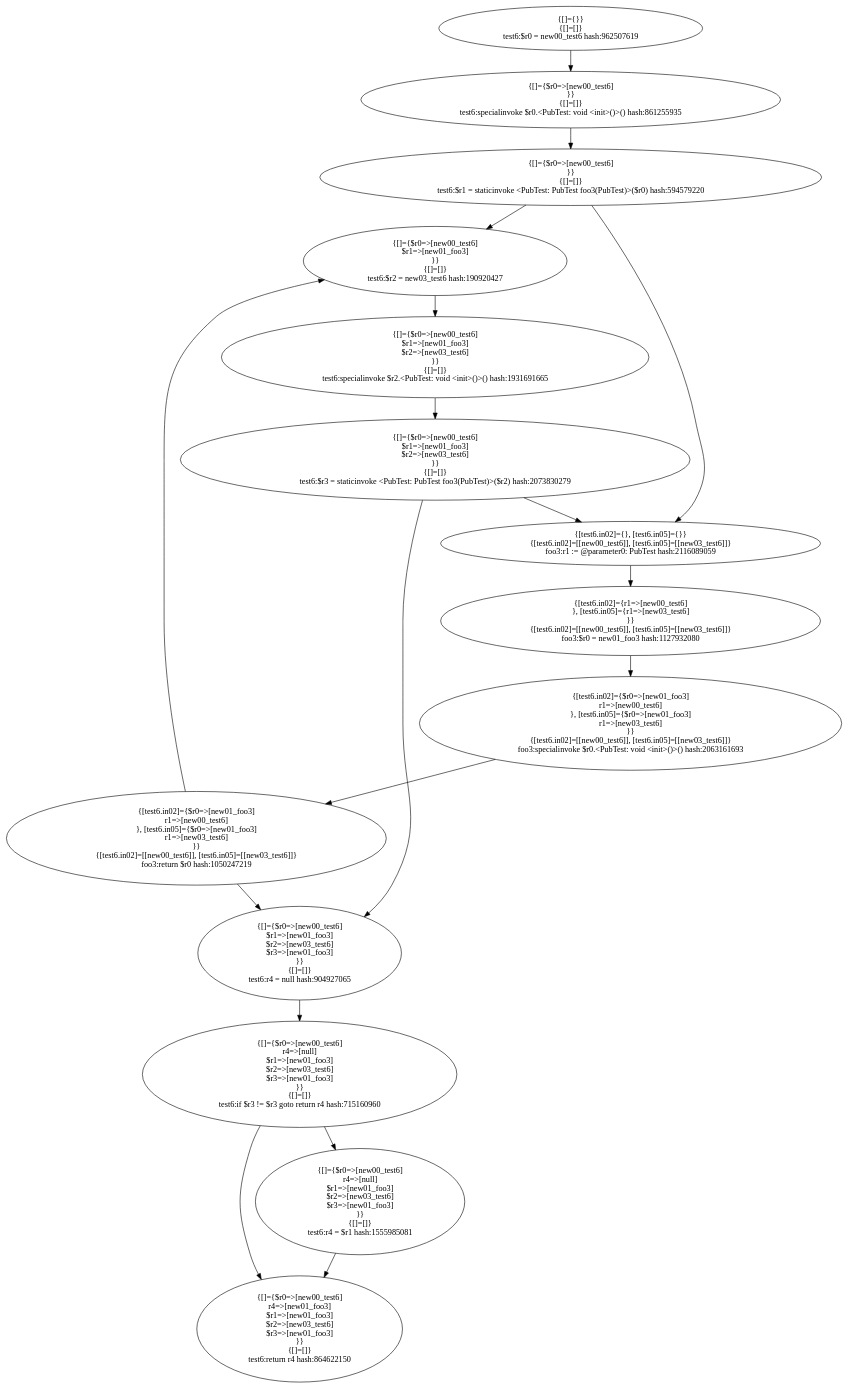
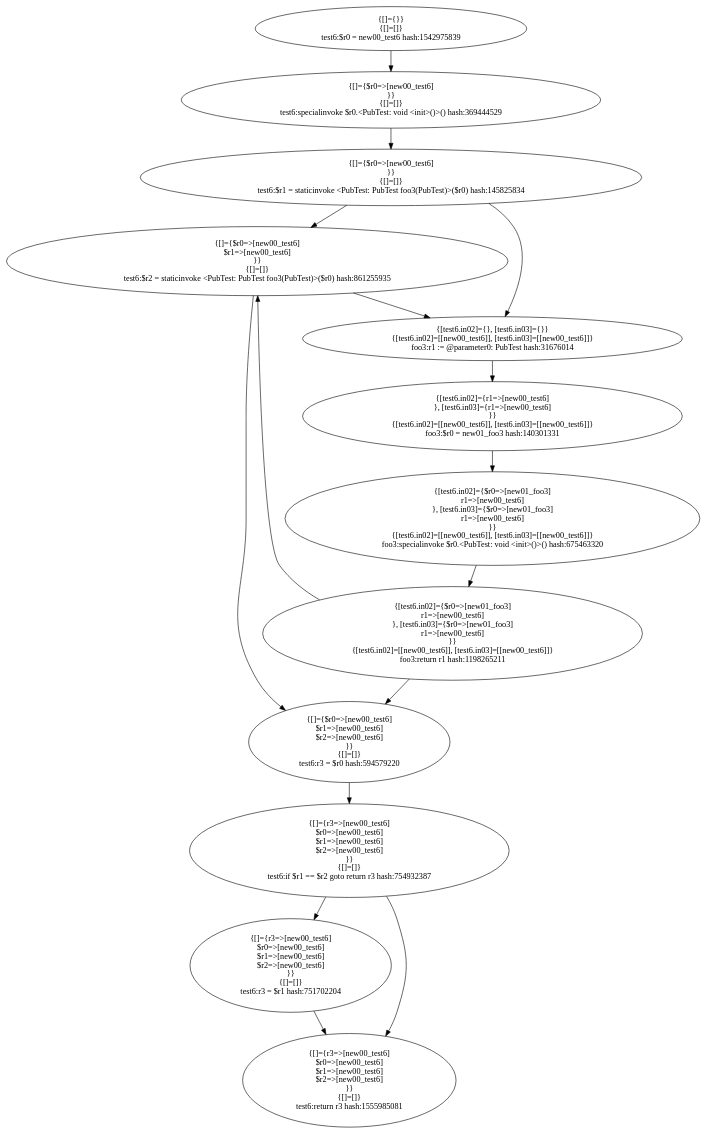
One commit to khushit-shah/PointsToAnalysisJava changed the diagram in target1-pub/PubTest.test6.dot. Above: the diagram before and after it, drawn with Graphviz. The commit also changed 25 other files, not shown here.

```diff
--- a/target1-pub/PubTest.test6.dot
+++ b/target1-pub/PubTest.test6.dot
@@ -1,265 +1,216 @@
 digraph "./target1-pub/PubTest.test6" {
     "{[]={}}
 {[]=[]}
-test6:$r0 = new00_test6 hash:962507619";
+test6:$r0 = new00_test6 hash:1542975839";
     "{[]={$r0=>[new00_test6]
 }}
 {[]=[]}
-test6:specialinvoke $r0.<PubTest: void <init>()>() hash:861255935";
+test6:specialinvoke $r0.<PubTest: void <init>()>() hash:369444529";
     "{[]={$r0=>[new00_test6]
 }}
 {[]=[]}
-test6:$r1 = staticinvoke <PubTest: PubTest foo3(PubTest)>($r0) hash:594579220";
+test6:$r1 = staticinvoke <PubTest: PubTest foo3(PubTest)>($r0) hash:145825834";
     "{[]={$r0=>[new00_test6]
-$r1=>[new01_foo3]
+$r1=>[new00_test6]
 }}
 {[]=[]}
-test6:$r2 = new03_test6 hash:190920427";
+test6:$r2 = staticinvoke <PubTest: PubTest foo3(PubTest)>($r0) hash:861255935";
     "{[]={$r0=>[new00_test6]
-$r1=>[new01_foo3]
-$r2=>[new03_test6]
+$r1=>[new00_test6]
+$r2=>[new00_test6]
 }}
 {[]=[]}
-test6:specialinvoke $r2.<PubTest: void <init>()>() hash:1931691665";
-    "{[]={$r0=>[new00_test6]
-$r1=>[new01_foo3]
-$r2=>[new03_test6]
+test6:r3 = $r0 hash:594579220";
+    "{[]={r3=>[new00_test6]
+$r0=>[new00_test6]
+$r1=>[new00_test6]
+$r2=>[new00_test6]
 }}
 {[]=[]}
-test6:$r3 = staticinvoke <PubTest: PubTest foo3(PubTest)>($r2) hash:2073830279";
-    "{[]={$r0=>[new00_test6]
-$r1=>[new01_foo3]
-$r2=>[new03_test6]
-$r3=>[new01_foo3]
+test6:if $r1 == $r2 goto return r3 hash:754932387";
+    "{[]={r3=>[new00_test6]
+$r0=>[new00_test6]
+$r1=>[new00_test6]
+$r2=>[new00_test6]
 }}
 {[]=[]}
-test6:r4 = null hash:904927065";
-    "{[]={$r0=>[new00_test6]
-r4=>[null]
-$r1=>[new01_foo3]
-$r2=>[new03_test6]
-$r3=>[new01_foo3]
+test6:r3 = $r1 hash:751702204";
+    "{[]={r3=>[new00_test6]
+$r0=>[new00_test6]
+$r1=>[new00_test6]
+$r2=>[new00_test6]
 }}
 {[]=[]}
-test6:if $r3 != $r3 goto return r4 hash:715160960";
-    "{[]={$r0=>[new00_test6]
-r4=>[null]
-$r1=>[new01_foo3]
-$r2=>[new03_test6]
-$r3=>[new01_foo3]
+test6:return r3 hash:1555985081";
+    "{[test6.in02]={}, [test6.in03]={}}
+{[test6.in02]=[[new00_test6]], [test6.in03]=[[new00_test6]]}
+foo3:r1 := @parameter0: PubTest hash:31676014";
+    "{[test6.in02]={r1=>[new00_test6]
+}, [test6.in03]={r1=>[new00_test6]
+}}
+{[test6.in02]=[[new00_test6]], [test6.in03]=[[new00_test6]]}
+foo3:$r0 = new01_foo3 hash:140301331";
+    "{[test6.in02]={$r0=>[new01_foo3]
+r1=>[new00_test6]
+}, [test6.in03]={$r0=>[new01_foo3]
+r1=>[new00_test6]
+}}
+{[test6.in02]=[[new00_test6]], [test6.in03]=[[new00_test6]]}
+foo3:specialinvoke $r0.<PubTest: void <init>()>() hash:675463320";
+    "{[test6.in02]={$r0=>[new01_foo3]
+r1=>[new00_test6]
+}, [test6.in03]={$r0=>[new01_foo3]
+r1=>[new00_test6]
+}}
+{[test6.in02]=[[new00_test6]], [test6.in03]=[[new00_test6]]}
+foo3:return r1 hash:1198265211";
+    "{[]={}}
+{[]=[]}
+test6:$r0 = new00_test6 hash:1542975839"->"{[]={$r0=>[new00_test6]
 }}
 {[]=[]}
-test6:r4 = $r1 hash:1555985081";
-    "{[]={$r0=>[new00_test6]
-r4=>[new01_foo3]
-$r1=>[new01_foo3]
-$r2=>[new03_test6]
-$r3=>[new01_foo3]
-}}
-{[]=[]}
-test6:return r4 hash:864622150";
-    "{[test6.in02]={}, [test6.in05]={}}
-{[test6.in02]=[[new00_test6]], [test6.in05]=[[new03_test6]]}
-foo3:r1 := @parameter0: PubTest hash:2116089059";
-    "{[test6.in02]={r1=>[new00_test6]
-}, [test6.in05]={r1=>[new03_test6]
-}}
-{[test6.in02]=[[new00_test6]], [test6.in05]=[[new03_test6]]}
-foo3:$r0 = new01_foo3 hash:1127932080";
-    "{[test6.in02]={$r0=>[new01_foo3]
-r1=>[new00_test6]
-}, [test6.in05]={$r0=>[new01_foo3]
-r1=>[new03_test6]
-}}
-{[test6.in02]=[[new00_test6]], [test6.in05]=[[new03_test6]]}
-foo3:specialinvoke $r0.<PubTest: void <init>()>() hash:2063161693";
-    "{[test6.in02]={$r0=>[new01_foo3]
-r1=>[new00_test6]
-}, [test6.in05]={$r0=>[new01_foo3]
-r1=>[new03_test6]
-}}
-{[test6.in02]=[[new00_test6]], [test6.in05]=[[new03_test6]]}
-foo3:return $r0 hash:1050247219";
-    "{[]={}}
-{[]=[]}
-test6:$r0 = new00_test6 hash:962507619"->"{[]={$r0=>[new00_test6]
-}}
-{[]=[]}
-test6:specialinvoke $r0.<PubTest: void <init>()>() hash:861255935";
+test6:specialinvoke $r0.<PubTest: void <init>()>() hash:369444529";
     "{[]={$r0=>[new00_test6]
 }}
 {[]=[]}
-test6:specialinvoke $r0.<PubTest: void <init>()>() hash:861255935"->"{[]={$r0=>[new00_test6]
+test6:specialinvoke $r0.<PubTest: void <init>()>() hash:369444529"->"{[]={$r0=>[new00_test6]
 }}
 {[]=[]}
-test6:$r1 = staticinvoke <PubTest: PubTest foo3(PubTest)>($r0) hash:594579220";
+test6:$r1 = staticinvoke <PubTest: PubTest foo3(PubTest)>($r0) hash:145825834";
     "{[]={$r0=>[new00_test6]
 }}
 {[]=[]}
-test6:$r1 = staticinvoke <PubTest: PubTest foo3(PubTest)>($r0) hash:594579220"->"{[]={$r0=>[new00_test6]
-$r1=>[new01_foo3]
+test6:$r1 = staticinvoke <PubTest: PubTest foo3(PubTest)>($r0) hash:145825834"->"{[]={$r0=>[new00_test6]
+$r1=>[new00_test6]
 }}
 {[]=[]}
-test6:$r2 = new03_test6 hash:190920427";
+test6:$r2 = staticinvoke <PubTest: PubTest foo3(PubTest)>($r0) hash:861255935";
     "{[]={$r0=>[new00_test6]
 }}
 {[]=[]}
-test6:$r1 = staticinvoke <PubTest: PubTest foo3(PubTest)>($r0) hash:594579220"->"{[test6.in02]={}, [test6.in05]={}}
-{[test6.in02]=[[new00_test6]], [test6.in05]=[[new03_test6]]}
-foo3:r1 := @parameter0: PubTest hash:2116089059";
+test6:$r1 = staticinvoke <PubTest: PubTest foo3(PubTest)>($r0) hash:145825834"->"{[test6.in02]={}, [test6.in03]={}}
+{[test6.in02]=[[new00_test6]], [test6.in03]=[[new00_test6]]}
+foo3:r1 := @parameter0: PubTest hash:31676014";
     "{[]={$r0=>[new00_test6]
-$r1=>[new01_foo3]
+$r1=>[new00_test6]
 }}
 {[]=[]}
-test6:$r2 = new03_test6 hash:190920427"->"{[]={$r0=>[new00_test6]
-$r1=>[new01_foo3]
-$r2=>[new03_test6]
+test6:$r2 = staticinvoke <PubTest: PubTest foo3(PubTest)>($r0) hash:861255935"->"{[]={$r0=>[new00_test6]
+$r1=>[new00_test6]
+$r2=>[new00_test6]
 }}
 {[]=[]}
-test6:specialinvoke $r2.<PubTest: void <init>()>() hash:1931691665";
+test6:r3 = $r0 hash:594579220";
     "{[]={$r0=>[new00_test6]
-$r1=>[new01_foo3]
-$r2=>[new03_test6]
+$r1=>[new00_test6]
 }}
 {[]=[]}
-test6:specialinvoke $r2.<PubTest: void <init>()>() hash:1931691665"->"{[]={$r0=>[new00_test6]
-$r1=>[new01_foo3]
-$r2=>[new03_test6]
+test6:$r2 = staticinvoke <PubTest: PubTest foo3(PubTest)>($r0) hash:861255935"->"{[test6.in02]={}, [test6.in03]={}}
+{[test6.in02]=[[new00_test6]], [test6.in03]=[[new00_test6]]}
+foo3:r1 := @parameter0: PubTest hash:31676014";
+    "{[]={$r0=>[new00_test6]
+$r1=>[new00_test6]
+$r2=>[new00_test6]
 }}
 {[]=[]}
-test6:$r3 = staticinvoke <PubTest: PubTest foo3(PubTest)>($r2) hash:2073830279";
-    "{[]={$r0=>[new00_test6]
-$r1=>[new01_foo3]
-$r2=>[new03_test6]
+test6:r3 = $r0 hash:594579220"->"{[]={r3=>[new00_test6]
+$r0=>[new00_test6]
+$r1=>[new00_test6]
+$r2=>[new00_test6]
 }}
 {[]=[]}
-test6:$r3 = staticinvoke <PubTest: PubTest foo3(PubTest)>($r2) hash:2073830279"->"{[]={$r0=>[new00_test6]
-$r1=>[new01_foo3]
-$r2=>[new03_test6]
-$r3=>[new01_foo3]
+test6:if $r1 == $r2 goto return r3 hash:754932387";
+    "{[]={r3=>[new00_test6]
+$r0=>[new00_test6]
+$r1=>[new00_test6]
+$r2=>[new00_test6]
 }}
 {[]=[]}
-test6:r4 = null hash:904927065";
-    "{[]={$r0=>[new00_test6]
-$r1=>[new01_foo3]
-$r2=>[new03_test6]
+test6:if $r1 == $r2 goto return r3 hash:754932387"->"{[]={r3=>[new00_test6]
+$r0=>[new00_test6]
+$r1=>[new00_test6]
+$r2=>[new00_test6]
 }}
 {[]=[]}
-test6:$r3 = staticinvoke <PubTest: PubTest foo3(PubTest)>($r2) hash:2073830279"->"{[test6.in02]={}, [test6.in05]={}}
-{[test6.in02]=[[new00_test6]], [test6.in05]=[[new03_test6]]}
-foo3:r1 := @parameter0: PubTest hash:2116089059";
-    "{[]={$r0=>[new00_test6]
-$r1=>[new01_foo3]
-$r2=>[new03_test6]
-$r3=>[new01_foo3]
+test6:r3 = $r1 hash:751702204";
+    "{[]={r3=>[new00_test6]
+$r0=>[new00_test6]
+$r1=>[new00_test6]
+$r2=>[new00_test6]
 }}
 {[]=[]}
-test6:r4 = null hash:904927065"->"{[]={$r0=>[new00_test6]
-r4=>[null]
-$r1=>[new01_foo3]
-$r2=>[new03_test6]
-$r3=>[new01_foo3]
+test6:if $r1 == $r2 goto return r3 hash:754932387"->"{[]={r3=>[new00_test6]
+$r0=>[new00_test6]
+$r1=>[new00_test6]
+$r2=>[new00_test6]
 }}
 {[]=[]}
-test6:if $r3 != $r3 goto return r4 hash:715160960";
-    "{[]={$r0=>[new00_test6]
-r4=>[null]
-$r1=>[new01_foo3]
-$r2=>[new03_test6]
-$r3=>[new01_foo3]
+test6:return r3 hash:1555985081";
+    "{[]={r3=>[new00_test6]
+$r0=>[new00_test6]
+$r1=>[new00_test6]
+$r2=>[new00_test6]
 }}
 {[]=[]}
-test6:if $r3 != $r3 goto return r4 hash:715160960"->"{[]={$r0=>[new00_test6]
-r4=>[null]
-$r1=>[new01_foo3]
-$r2=>[new03_test6]
-$r3=>[new01_foo3]
+test6:r3 = $r1 hash:751702204"->"{[]={r3=>[new00_test6]
+$r0=>[new00_test6]
+$r1=>[new00_test6]
+$r2=>[new00_test6]
 }}
 {[]=[]}
-test6:r4 = $r1 hash:1555985081";
-    "{[]={$r0=>[new00_test6]
-r4=>[null]
-$r1=>[new01_foo3]
-$r2=>[new03_test6]
-$r3=>[new01_foo3]
+test6:return r3 hash:1555985081";
+    "{[test6.in02]={}, [test6.in03]={}}
+{[test6.in02]=[[new00_test6]], [test6.in03]=[[new00_test6]]}
+foo3:r1 := @parameter0: PubTest hash:31676014"->"{[test6.in02]={r1=>[new00_test6]
+}, [test6.in03]={r1=>[new00_test6]
+}}
+{[test6.in02]=[[new00_test6]], [test6.in03]=[[new00_test6]]}
+foo3:$r0 = new01_foo3 hash:140301331";
+    "{[test6.in02]={r1=>[new00_test6]
+}, [test6.in03]={r1=>[new00_test6]
+}}
+{[test6.in02]=[[new00_test6]], [test6.in03]=[[new00_test6]]}
+foo3:$r0 = new01_foo3 hash:140301331"->"{[test6.in02]={$r0=>[new01_foo3]
+r1=>[new00_test6]
+}, [test6.in03]={$r0=>[new01_foo3]
+r1=>[new00_test6]
+}}
+{[test6.in02]=[[new00_test6]], [test6.in03]=[[new00_test6]]}
+foo3:specialinvoke $r0.<PubTest: void <init>()>() hash:675463320";
+    "{[test6.in02]={$r0=>[new01_foo3]
+r1=>[new00_test6]
+}, [test6.in03]={$r0=>[new01_foo3]
+r1=>[new00_test6]
+}}
+{[test6.in02]=[[new00_test6]], [test6.in03]=[[new00_test6]]}
+foo3:specialinvoke $r0.<PubTest: void <init>()>() hash:675463320"->"{[test6.in02]={$r0=>[new01_foo3]
+r1=>[new00_test6]
+}, [test6.in03]={$r0=>[new01_foo3]
+r1=>[new00_test6]
+}}
+{[test6.in02]=[[new00_test6]], [test6.in03]=[[new00_test6]]}
+foo3:return r1 hash:1198265211";
+    "{[test6.in02]={$r0=>[new01_foo3]
+r1=>[new00_test6]
+}, [test6.in03]={$r0=>[new01_foo3]
+r1=>[new00_test6]
+}}
+{[test6.in02]=[[new00_test6]], [test6.in03]=[[new00_test6]]}
+foo3:return r1 hash:1198265211"->"{[]={$r0=>[new00_test6]
+$r1=>[new00_test6]
 }}
 {[]=[]}
-test6:if $r3 != $r3 goto return r4 hash:715160960"->"{[]={$r0=>[new00_test6]
-r4=>[new01_foo3]
-$r1=>[new01_foo3]
-$r2=>[new03_test6]
-$r3=>[new01_foo3]
+test6:$r2 = staticinvoke <PubTest: PubTest foo3(PubTest)>($r0) hash:861255935";
+    "{[test6.in02]={$r0=>[new01_foo3]
+r1=>[new00_test6]
+}, [test6.in03]={$r0=>[new01_foo3]
+r1=>[new00_test6]
+}}
+{[test6.in02]=[[new00_test6]], [test6.in03]=[[new00_test6]]}
+foo3:return r1 hash:1198265211"->"{[]={$r0=>[new00_test6]
+$r1=>[new00_test6]
+$r2=>[new00_test6]
 }}
 {[]=[]}
-test6:return r4 hash:864622150";
-    "{[]={$r0=>[new00_test6]
-r4=>[null]
-$r1=>[new01_foo3]
-$r2=>[new03_test6]
-$r3=>[new01_foo3]
-}}
-{[]=[]}
-test6:r4 = $r1 hash:1555985081"->"{[]={$r0=>[new00_test6]
-r4=>[new01_foo3]
-$r1=>[new01_foo3]
-$r2=>[new03_test6]
-$r3=>[new01_foo3]
-}}
-{[]=[]}
-test6:return r4 hash:864622150";
-    "{[test6.in02]={}, [test6.in05]={}}
-{[test6.in02]=[[new00_test6]], [test6.in05]=[[new03_test6]]}
-foo3:r1 := @parameter0: PubTest hash:2116089059"->"{[test6.in02]={r1=>[new00_test6]
-}, [test6.in05]={r1=>[new03_test6]
-}}
-{[test6.in02]=[[new00_test6]], [test6.in05]=[[new03_test6]]}
-foo3:$r0 = new01_foo3 hash:1127932080";
-    "{[test6.in02]={r1=>[new00_test6]
-}, [test6.in05]={r1=>[new03_test6]
-}}
-{[test6.in02]=[[new00_test6]], [test6.in05]=[[new03_test6]]}
-foo3:$r0 = new01_foo3 hash:1127932080"->"{[test6.in02]={$r0=>[new01_foo3]
-r1=>[new00_test6]
-}, [test6.in05]={$r0=>[new01_foo3]
-r1=>[new03_test6]
-}}
-{[test6.in02]=[[new00_test6]], [test6.in05]=[[new03_test6]]}
-foo3:specialinvoke $r0.<PubTest: void <init>()>() hash:2063161693";
-    "{[test6.in02]={$r0=>[new01_foo3]
-r1=>[new00_test6]
-}, [test6.in05]={$r0=>[new01_foo3]
-r1=>[new03_test6]
-}}
-{[test6.in02]=[[new00_test6]], [test6.in05]=[[new03_test6]]}
-foo3:specialinvoke $r0.<PubTest: void <init>()>() hash:2063161693"->"{[test6.in02]={$r0=>[new01_foo3]
-r1=>[new00_test6]
-}, [test6.in05]={$r0=>[new01_foo3]
-r1=>[new03_test6]
-}}
-{[test6.in02]=[[new00_test6]], [test6.in05]=[[new03_test6]]}
-foo3:return $r0 hash:1050247219";
-    "{[test6.in02]={$r0=>[new01_foo3]
-r1=>[new00_test6]
-}, [test6.in05]={$r0=>[new01_foo3]
-r1=>[new03_test6]
-}}
-{[test6.in02]=[[new00_test6]], [test6.in05]=[[new03_test6]]}
-foo3:return $r0 hash:1050247219"->"{[]={$r0=>[new00_test6]
-$r1=>[new01_foo3]
-}}
-{[]=[]}
-test6:$r2 = new03_test6 hash:190920427";
-    "{[test6.in02]={$r0=>[new01_foo3]
-r1=>[new00_test6]
-}, [test6.in05]={$r0=>[new01_foo3]
-r1=>[new03_test6]
-}}
-{[test6.in02]=[[new00_test6]], [test6.in05]=[[new03_test6]]}
-foo3:return $r0 hash:1050247219"->"{[]={$r0=>[new00_test6]
-$r1=>[new01_foo3]
-$r2=>[new03_test6]
-$r3=>[new01_foo3]
-}}
-{[]=[]}
-test6:r4 = null hash:904927065";
+test6:r3 = $r0 hash:594579220";
 }
```
